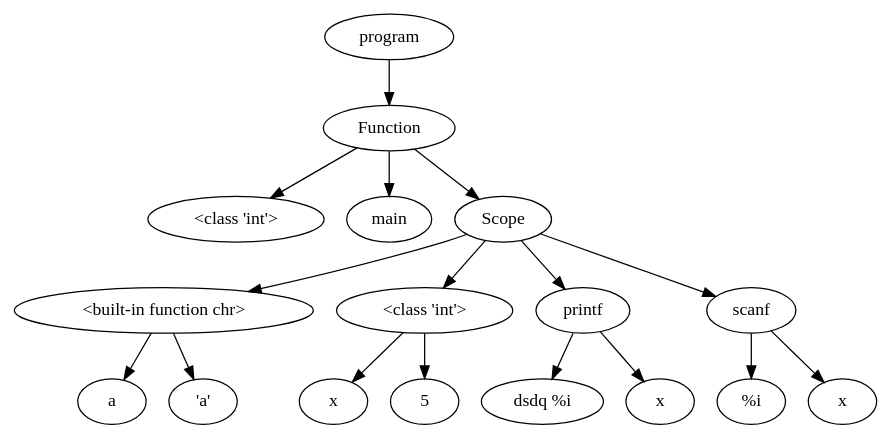
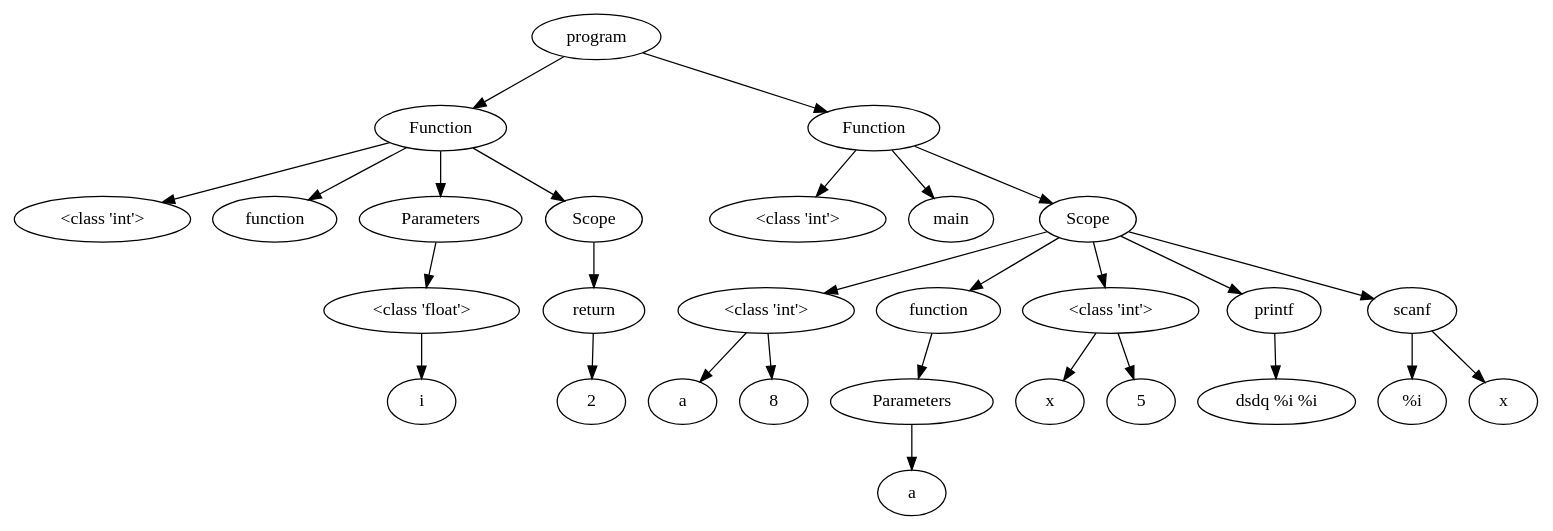
Before and after one commit to NielsVandenBroeck/COMP_Compiler: the diagram in OutputFiles/dotVisualization.dot, drawn with Graphviz. The commit also changed 8 other files, not shown here.

```diff
--- a/OutputFiles/dotVisualization.dot
+++ b/OutputFiles/dotVisualization.dot
@@ -1,41 +1,70 @@
 digraph G { 
-"<AST.AST object at 0x000001214B4F1D00> (0)"[label="program"]
-"<AST.ASTFunction object at 0x000001214B4F1790> (1)"[label="Function"]
-"<AST.AST object at 0x000001214B4F1D00> (0)"->"<AST.ASTFunction object at 0x000001214B4F1790> (1)"
-"<AST.ASTFunction object at 0x000001214B4F1790> (1)"[label="Function"]
-"<AST.ASTDataType object at 0x000001214B4F1E80> (2)"[label="<class 'int'>"]
-"<AST.ASTFunction object at 0x000001214B4F1790> (1)"->"<AST.ASTDataType object at 0x000001214B4F1E80> (2)"
-"<AST.ASTFunctionName object at 0x000001214B4F1250> (2)"[label="main"]
-"<AST.ASTFunction object at 0x000001214B4F1790> (1)"->"<AST.ASTFunctionName object at 0x000001214B4F1250> (2)"
-"<AST.ASTScope object at 0x000001214B4F13A0> (2)"[label="Scope"]
-"<AST.ASTFunction object at 0x000001214B4F1790> (1)"->"<AST.ASTScope object at 0x000001214B4F13A0> (2)"
-"<AST.ASTScope object at 0x000001214B4F13A0> (2)"[label="Scope"]
-"<AST.ASTDataType object at 0x000001214B4F1A30> (3)"[label="<built-in function chr>"]
-"<AST.ASTScope object at 0x000001214B4F13A0> (2)"->"<AST.ASTDataType object at 0x000001214B4F1A30> (3)"
-"<AST.ASTDataType object at 0x000001214B4F1A30> (3)"[label="<built-in function chr>"]
-"<AST.ASTVariable object at 0x000001214B4F18E0> (4)"[label="a"]
-"<AST.ASTDataType object at 0x000001214B4F1A30> (3)"->"<AST.ASTVariable object at 0x000001214B4F18E0> (4)"
-"<AST.ASTChar object at 0x000001214B4F1A90> (4)"[label="'a'"]
-"<AST.ASTDataType object at 0x000001214B4F1A30> (3)"->"<AST.ASTChar object at 0x000001214B4F1A90> (4)"
-"<AST.ASTDataType object at 0x000001214B4F1DC0> (3)"[label="<class 'int'>"]
-"<AST.ASTScope object at 0x000001214B4F13A0> (2)"->"<AST.ASTDataType object at 0x000001214B4F1DC0> (3)"
-"<AST.ASTDataType object at 0x000001214B4F1DC0> (3)"[label="<class 'int'>"]
-"<AST.ASTVariable object at 0x000001214B4F1C10> (4)"[label="x"]
-"<AST.ASTDataType object at 0x000001214B4F1DC0> (3)"->"<AST.ASTVariable object at 0x000001214B4F1C10> (4)"
-"<AST.ASTInt object at 0x000001214B4F1970> (4)"[label="5"]
-"<AST.ASTDataType object at 0x000001214B4F1DC0> (3)"->"<AST.ASTInt object at 0x000001214B4F1970> (4)"
-"<AST.ASTPrintf object at 0x000001214B4F1550> (3)"[label="printf"]
-"<AST.ASTScope object at 0x000001214B4F13A0> (2)"->"<AST.ASTPrintf object at 0x000001214B4F1550> (3)"
-"<AST.ASTPrintf object at 0x000001214B4F1550> (3)"[label="printf"]
-"<AST.ASTText object at 0x000001214B4F19A0> (4)"[label="dsdq %i"]
-"<AST.ASTPrintf object at 0x000001214B4F1550> (3)"->"<AST.ASTText object at 0x000001214B4F19A0> (4)"
-"<AST.ASTVariable object at 0x000001214B4F1DF0> (4)"[label="x"]
-"<AST.ASTPrintf object at 0x000001214B4F1550> (3)"->"<AST.ASTVariable object at 0x000001214B4F1DF0> (4)"
-"<AST.ASTPrintf object at 0x000001214B4F1BB0> (3)"[label="scanf"]
-"<AST.ASTScope object at 0x000001214B4F13A0> (2)"->"<AST.ASTPrintf object at 0x000001214B4F1BB0> (3)"
-"<AST.ASTPrintf object at 0x000001214B4F1BB0> (3)"[label="scanf"]
-"<AST.ASTText object at 0x000001214B4F1FD0> (4)"[label="%i"]
-"<AST.ASTPrintf object at 0x000001214B4F1BB0> (3)"->"<AST.ASTText object at 0x000001214B4F1FD0> (4)"
-"<AST.ASTVariable object at 0x000001214B4F02E0> (4)"[label="x"]
-"<AST.ASTPrintf object at 0x000001214B4F1BB0> (3)"->"<AST.ASTVariable object at 0x000001214B4F02E0> (4)"
+"<AST.AST object at 0x000002017882ED30> (0)"[label="program"]
+"<AST.ASTFunction object at 0x000002017882EC70> (1)"[label="Function"]
+"<AST.AST object at 0x000002017882ED30> (0)"->"<AST.ASTFunction object at 0x000002017882EC70> (1)"
+"<AST.ASTFunction object at 0x000002017882EC70> (1)"[label="Function"]
+"<AST.ASTDataType object at 0x000002017882EE20> (2)"[label="<class 'int'>"]
+"<AST.ASTFunction object at 0x000002017882EC70> (1)"->"<AST.ASTDataType object at 0x000002017882EE20> (2)"
+"<AST.ASTFunctionName object at 0x000002017882EF70> (2)"[label="function"]
+"<AST.ASTFunction object at 0x000002017882EC70> (1)"->"<AST.ASTFunctionName object at 0x000002017882EF70> (2)"
+"<AST.ASTParameters object at 0x000002017882EFD0> (2)"[label="Parameters"]
+"<AST.ASTFunction object at 0x000002017882EC70> (1)"->"<AST.ASTParameters object at 0x000002017882EFD0> (2)"
+"<AST.ASTParameters object at 0x000002017882EFD0> (2)"[label="Parameters"]
+"<AST.ASTDataType object at 0x000002017883C190> (3)"[label="<class 'float'>"]
+"<AST.ASTParameters object at 0x000002017882EFD0> (2)"->"<AST.ASTDataType object at 0x000002017883C190> (3)"
+"<AST.ASTDataType object at 0x000002017883C190> (3)"[label="<class 'float'>"]
+"<AST.ASTVariable object at 0x000002017883C0A0> (4)"[label="i"]
+"<AST.ASTDataType object at 0x000002017883C190> (3)"->"<AST.ASTVariable object at 0x000002017883C0A0> (4)"
+"<AST.ASTScope object at 0x000002017883C070> (2)"[label="Scope"]
+"<AST.ASTFunction object at 0x000002017882EC70> (1)"->"<AST.ASTScope object at 0x000002017883C070> (2)"
+"<AST.ASTScope object at 0x000002017883C070> (2)"[label="Scope"]
+"<AST.ASTReturn object at 0x000002017883C220> (3)"[label="return"]
+"<AST.ASTScope object at 0x000002017883C070> (2)"->"<AST.ASTReturn object at 0x000002017883C220> (3)"
+"<AST.ASTReturn object at 0x000002017883C220> (3)"[label="return"]
+"<AST.ASTInt object at 0x000002017883C250> (4)"[label="2"]
+"<AST.ASTReturn object at 0x000002017883C220> (3)"->"<AST.ASTInt object at 0x000002017883C250> (4)"
+"<AST.ASTFunction object at 0x000002017883C1C0> (1)"[label="Function"]
+"<AST.AST object at 0x000002017882ED30> (0)"->"<AST.ASTFunction object at 0x000002017883C1C0> (1)"
+"<AST.ASTFunction object at 0x000002017883C1C0> (1)"[label="Function"]
+"<AST.ASTDataType object at 0x000002017883C370> (2)"[label="<class 'int'>"]
+"<AST.ASTFunction object at 0x000002017883C1C0> (1)"->"<AST.ASTDataType object at 0x000002017883C370> (2)"
+"<AST.ASTFunctionName object at 0x000002017883C2E0> (2)"[label="main"]
+"<AST.ASTFunction object at 0x000002017883C1C0> (1)"->"<AST.ASTFunctionName object at 0x000002017883C2E0> (2)"
+"<AST.ASTScope object at 0x000002017883C400> (2)"[label="Scope"]
+"<AST.ASTFunction object at 0x000002017883C1C0> (1)"->"<AST.ASTScope object at 0x000002017883C400> (2)"
+"<AST.ASTScope object at 0x000002017883C400> (2)"[label="Scope"]
+"<AST.ASTDataType object at 0x000002017883C550> (3)"[label="<class 'int'>"]
+"<AST.ASTScope object at 0x000002017883C400> (2)"->"<AST.ASTDataType object at 0x000002017883C550> (3)"
+"<AST.ASTDataType object at 0x000002017883C550> (3)"[label="<class 'int'>"]
+"<AST.ASTVariable object at 0x000002017883C460> (4)"[label="a"]
+"<AST.ASTDataType object at 0x000002017883C550> (3)"->"<AST.ASTVariable object at 0x000002017883C460> (4)"
+"<AST.ASTInt object at 0x000002017883C520> (4)"[label="8"]
+"<AST.ASTDataType object at 0x000002017883C550> (3)"->"<AST.ASTInt object at 0x000002017883C520> (4)"
+"<AST.ASTFunctionName object at 0x000002017883C5E0> (3)"[label="function"]
+"<AST.ASTScope object at 0x000002017883C400> (2)"->"<AST.ASTFunctionName object at 0x000002017883C5E0> (3)"
+"<AST.ASTFunctionName object at 0x000002017883C5E0> (3)"[label="function"]
+"<AST.ASTParameters object at 0x000002017883C610> (4)"[label="Parameters"]
+"<AST.ASTFunctionName object at 0x000002017883C5E0> (3)"->"<AST.ASTParameters object at 0x000002017883C610> (4)"
+"<AST.ASTParameters object at 0x000002017883C610> (4)"[label="Parameters"]
+"<AST.ASTVariable object at 0x000002017883C730> (5)"[label="a"]
+"<AST.ASTParameters object at 0x000002017883C610> (4)"->"<AST.ASTVariable object at 0x000002017883C730> (5)"
+"<AST.ASTDataType object at 0x000002017883C700> (3)"[label="<class 'int'>"]
+"<AST.ASTScope object at 0x000002017883C400> (2)"->"<AST.ASTDataType object at 0x000002017883C700> (3)"
+"<AST.ASTDataType object at 0x000002017883C700> (3)"[label="<class 'int'>"]
+"<AST.ASTVariable object at 0x000002017883C670> (4)"[label="x"]
+"<AST.ASTDataType object at 0x000002017883C700> (3)"->"<AST.ASTVariable object at 0x000002017883C670> (4)"
+"<AST.ASTInt object at 0x000002017883C7C0> (4)"[label="5"]
+"<AST.ASTDataType object at 0x000002017883C700> (3)"->"<AST.ASTInt object at 0x000002017883C7C0> (4)"
+"<AST.ASTPrintf object at 0x000002017883C850> (3)"[label="printf"]
+"<AST.ASTScope object at 0x000002017883C400> (2)"->"<AST.ASTPrintf object at 0x000002017883C850> (3)"
+"<AST.ASTPrintf object at 0x000002017883C850> (3)"[label="printf"]
+"<AST.ASTText object at 0x000002017883C880> (4)"[label="dsdq %i %i"]
+"<AST.ASTPrintf object at 0x000002017883C850> (3)"->"<AST.ASTText object at 0x000002017883C880> (4)"
+"<AST.ASTPrintf object at 0x000002017883C8E0> (3)"[label="scanf"]
+"<AST.ASTScope object at 0x000002017883C400> (2)"->"<AST.ASTPrintf object at 0x000002017883C8E0> (3)"
+"<AST.ASTPrintf object at 0x000002017883C8E0> (3)"[label="scanf"]
+"<AST.ASTText object at 0x000002017883C9D0> (4)"[label="%i"]
+"<AST.ASTPrintf object at 0x000002017883C8E0> (3)"->"<AST.ASTText object at 0x000002017883C9D0> (4)"
+"<AST.ASTVariable object at 0x000002017883C970> (4)"[label="x"]
+"<AST.ASTPrintf object at 0x000002017883C8E0> (3)"->"<AST.ASTVariable object at 0x000002017883C970> (4)"
 }
```
